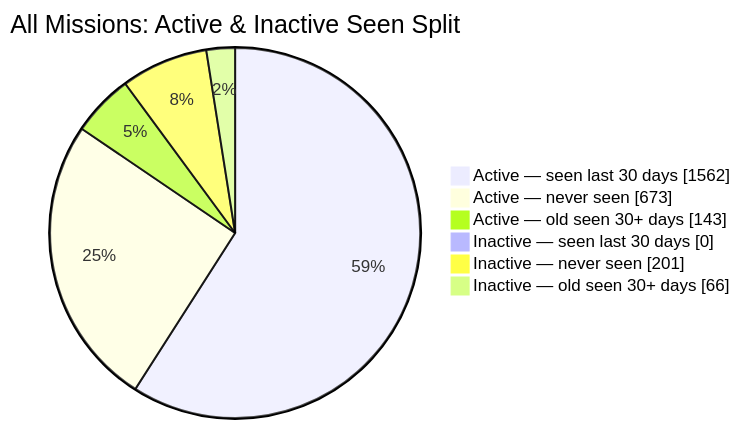
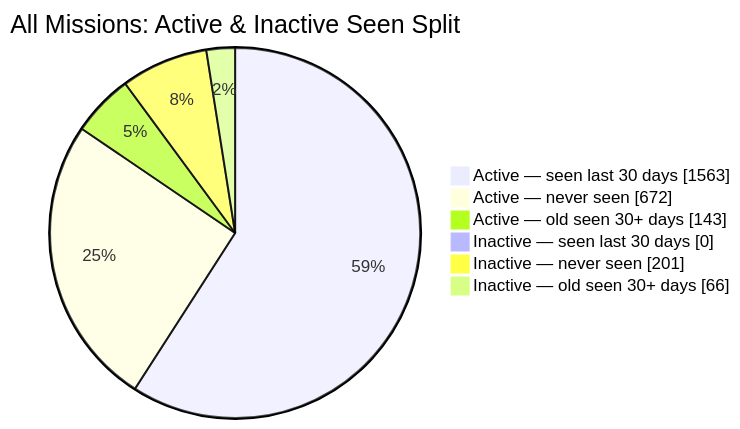
Before and after one commit to MeldkamerspelGameTeam/active-missions: the second of 2 diagrams in README.md, drawn with Mermaid. The commit also changed other lines of this file and 2 other files, not shown here.

````diff
--- a/README.md
+++ b/README.md
@@ -44,10 +44,10 @@
 ```mermaid
 pie showData
     title All Missions: Active & Inactive Seen Split
-    "Active — seen last 30 days" : 1562
-    "Active — never seen" : 673
+    "Active — seen last 30 days" : 1563
+    "Active — never seen" : 672
     "Active — old seen 30+ days" : 143
     "Inactive — seen last 30 days" : 0
     "Inactive — never seen" : 201
     "Inactive — old seen 30+ days" : 66
 ```
````
